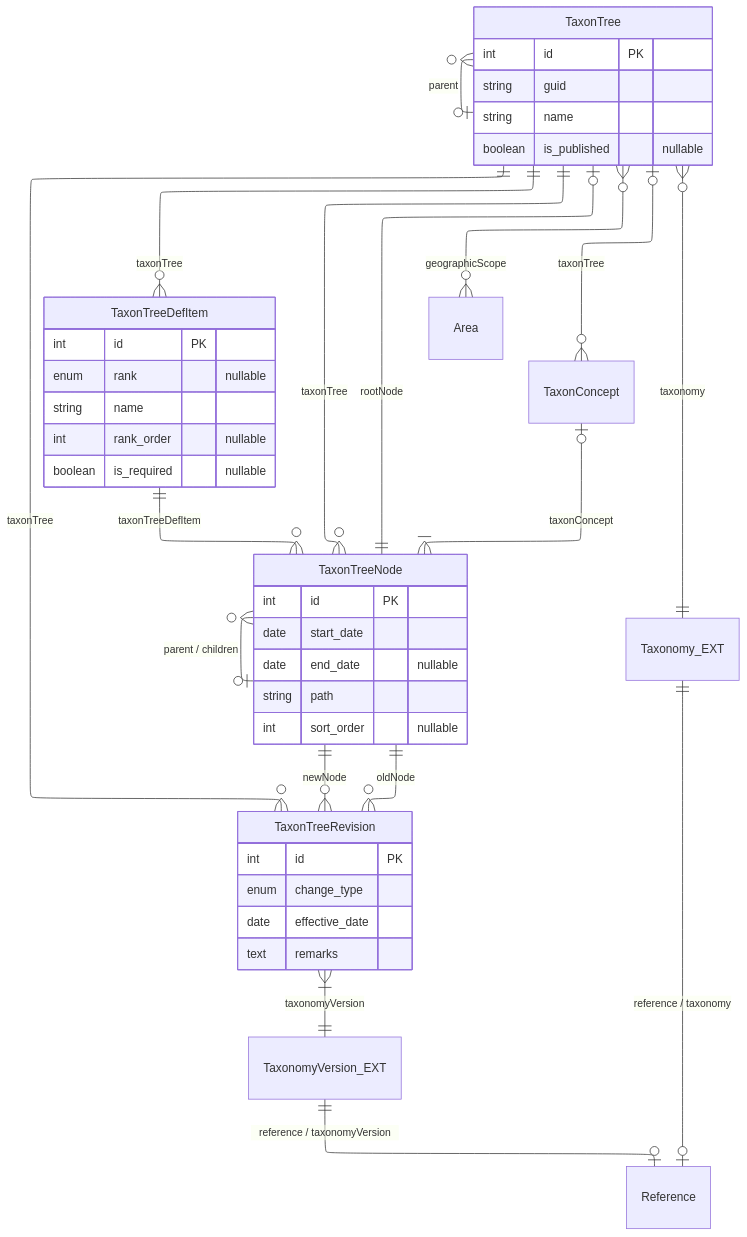
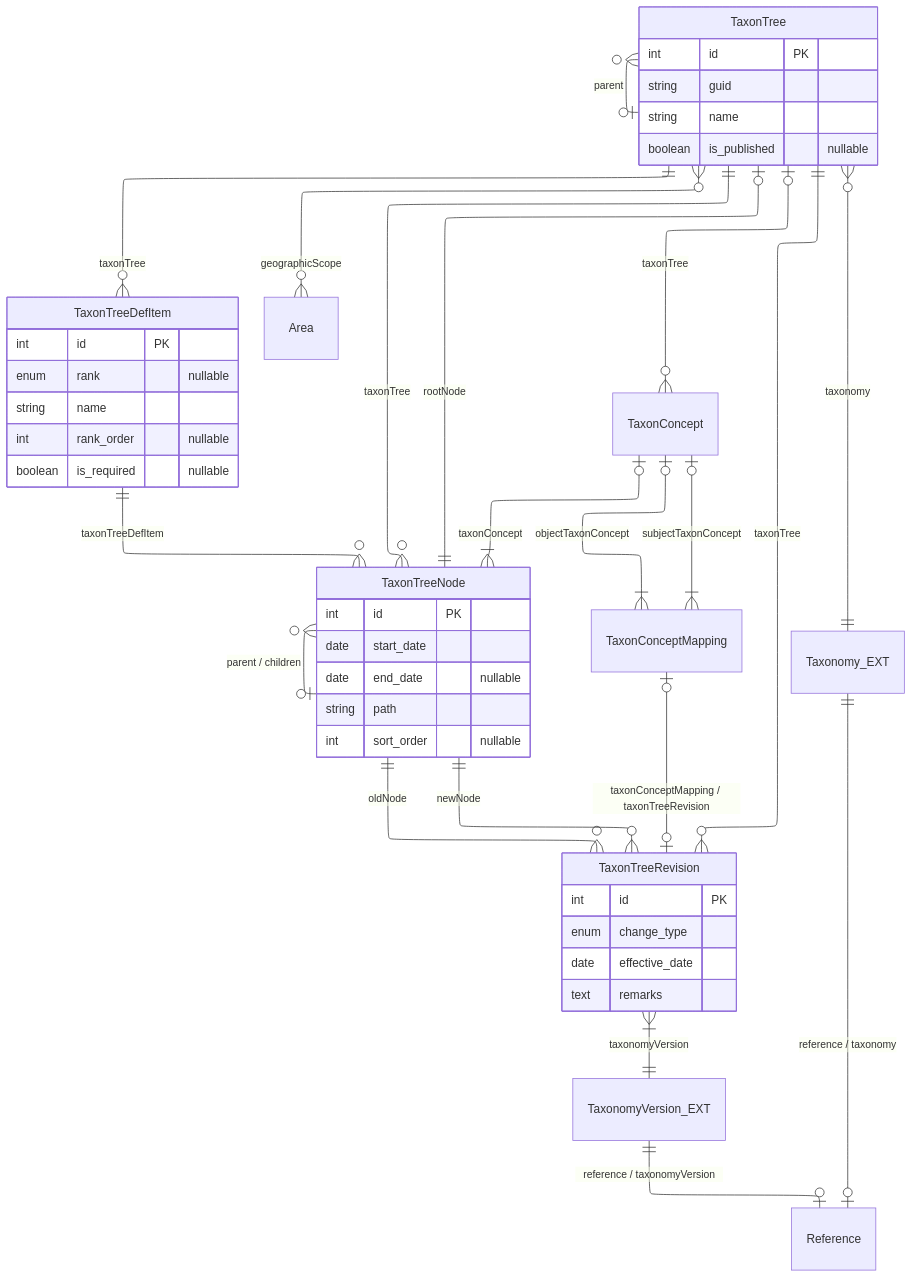
Before and after one commit to vicflora/vicflora-docs: the diagram in source/_mermaid/layer-3-governance.mmd, drawn with Mermaid.

Commit message:
Create relation between TaxonTreeRevision and TaxonConceptMapping

```diff
--- a/source/_mermaid/layer-3-governance.mmd
+++ b/source/_mermaid/layer-3-governance.mmd
@@ -1,57 +1,62 @@
 ---
 config:
   layout: elk
 ---
 erDiagram
 
   TaxonTree ||--o{ TaxonTreeDefItem : "taxonTree"
   TaxonTree ||--o{ TaxonTreeNode : "taxonTree"
   TaxonTree |o--|| TaxonTreeNode : "rootNode"
   TaxonTree }o--o{ Area : "geographicScope"
   TaxonTree }o--o| TaxonTree : "parent"
   
   TaxonTree |o--o{ TaxonConcept : taxonTree
   TaxonConcept |o--|{ TaxonTreeNode : taxonConcept
 
+  TaxonConcept |o--|{ TaxonConceptMapping : subjectTaxonConcept
+  TaxonConcept |o--|{ TaxonConceptMapping : objectTaxonConcept
+
   TaxonTreeDefItem ||--o{ TaxonTreeNode : "taxonTreeDefItem"
   
   TaxonTreeNode ||--o{ TaxonTreeRevision : "oldNode"
   TaxonTreeNode ||--o{ TaxonTreeRevision : "newNode"
   TaxonTree ||--o{ TaxonTreeRevision : "taxonTree"
   
   TaxonTreeNode }o--o| TaxonTreeNode : "parent / children"
 
   TaxonTree }o--|| Taxonomy_EXT : "taxonomy"
   Taxonomy_EXT ||--o| Reference : "reference / taxonomy"
   TaxonTreeRevision }|--|| TaxonomyVersion_EXT : "taxonomyVersion"
   TaxonomyVersion_EXT ||--o| Reference : "reference / taxonomyVersion"
+
+  TaxonConceptMapping |o--o| TaxonTreeRevision : "taxonConceptMapping / taxonTreeRevision"
 
   TaxonTree {
     int id PK
     string guid 
     string name
     boolean is_published "nullable"
   }
 
   TaxonTreeDefItem {
     int id PK
     enum rank "nullable"
     string name 
     int rank_order "nullable"
     boolean is_required "nullable"
   }
 
   TaxonTreeNode {
     int id PK
     date start_date
     date end_date "nullable"
     string path
     int sort_order "nullable"
   }
 
   TaxonTreeRevision {
     int id PK
     enum change_type
     date effective_date
     text remarks
   }
```
